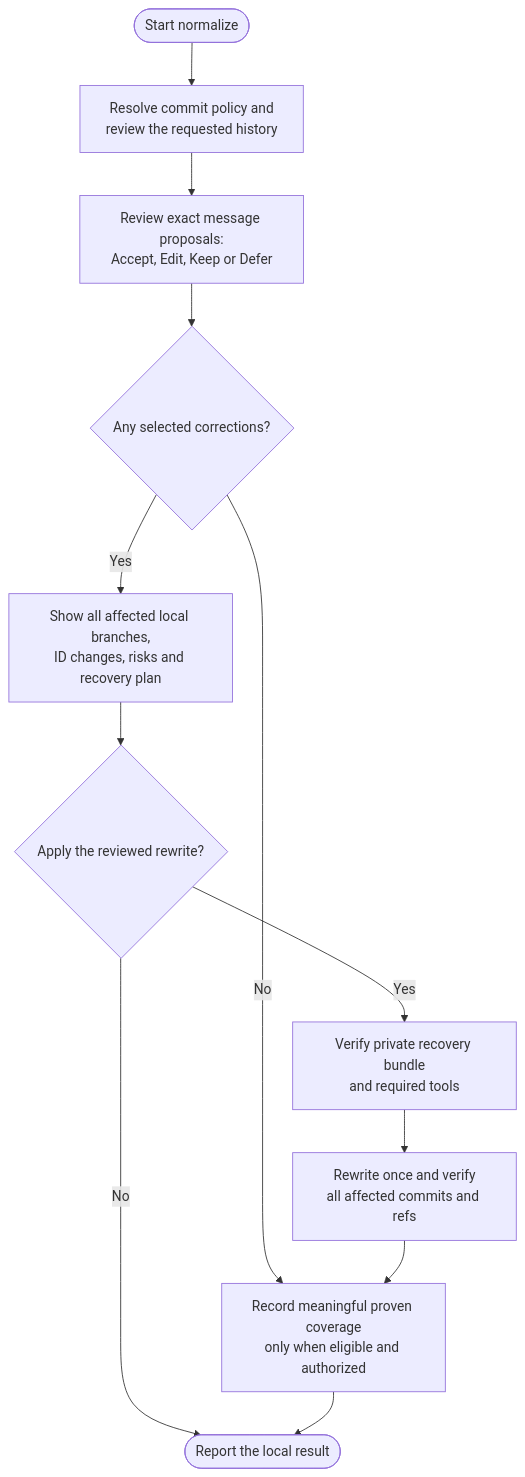
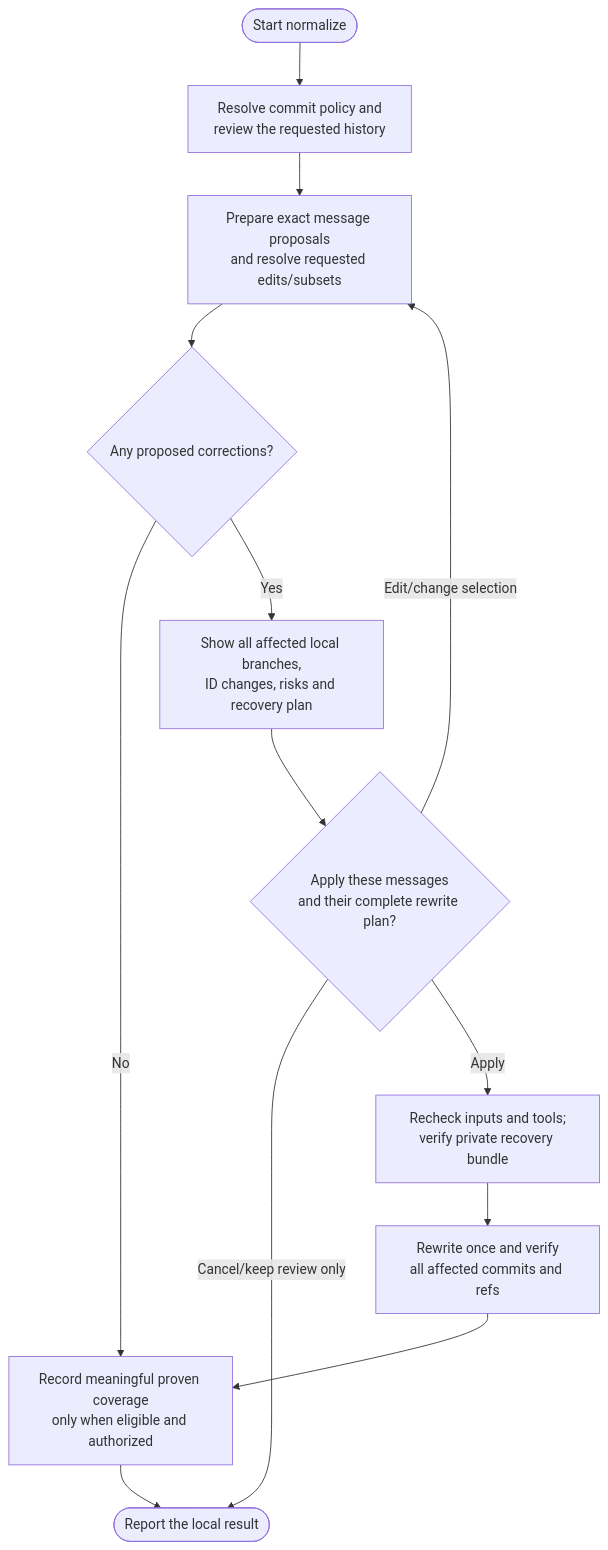
One commit to myowinthein/agent-helm changed the diagram in docs/commands/normalize.md. Above: the diagram before and after it, drawn with Mermaid. The commit also changed other lines of this file and 3 other files, not shown here.

Commit message:
fix(normalize): use one final rewrite approval

````diff
--- a/docs/commands/normalize.md
+++ b/docs/commands/normalize.md
@@ -23,14 +23,15 @@
 ```mermaid
 flowchart TD
   Start(["Start normalize"]) --> Audit["Resolve commit policy and<br/>review the requested history"]
-  Audit --> Messages["Review exact message proposals:<br/>Accept, Edit, Keep or Defer"]
-  Messages --> Changed{"Any selected corrections?"}
+  Audit --> Messages["Prepare exact message proposals<br/>and resolve requested edits/subsets"]
+  Messages --> Changed{"Any proposed corrections?"}
   Changed -->|No| Record["Record meaningful proven coverage<br/>only when eligible and authorized"]
   Changed -->|Yes| Impact["Show all affected local branches,<br/>ID changes, risks and recovery plan"]
-  Impact --> Approval{"Apply the reviewed rewrite?"}
-  Approval -->|No| End(["Report the local result"])
-  Approval -->|Yes| Backup["Verify private recovery bundle<br/>and required tools"]
+  Impact --> Approval{"Apply these messages<br/>and their complete rewrite plan?"}
+  Approval -->|Edit/change selection| Messages
+  Approval -->|Cancel/keep review only| End(["Report the local result"])
+  Approval -->|Apply| Backup["Recheck inputs and tools;<br/>verify private recovery bundle"]
   Backup --> Rewrite["Rewrite once and verify<br/>all affected commits and refs"]
   Rewrite --> Record
   Record --> End
 ```
````
